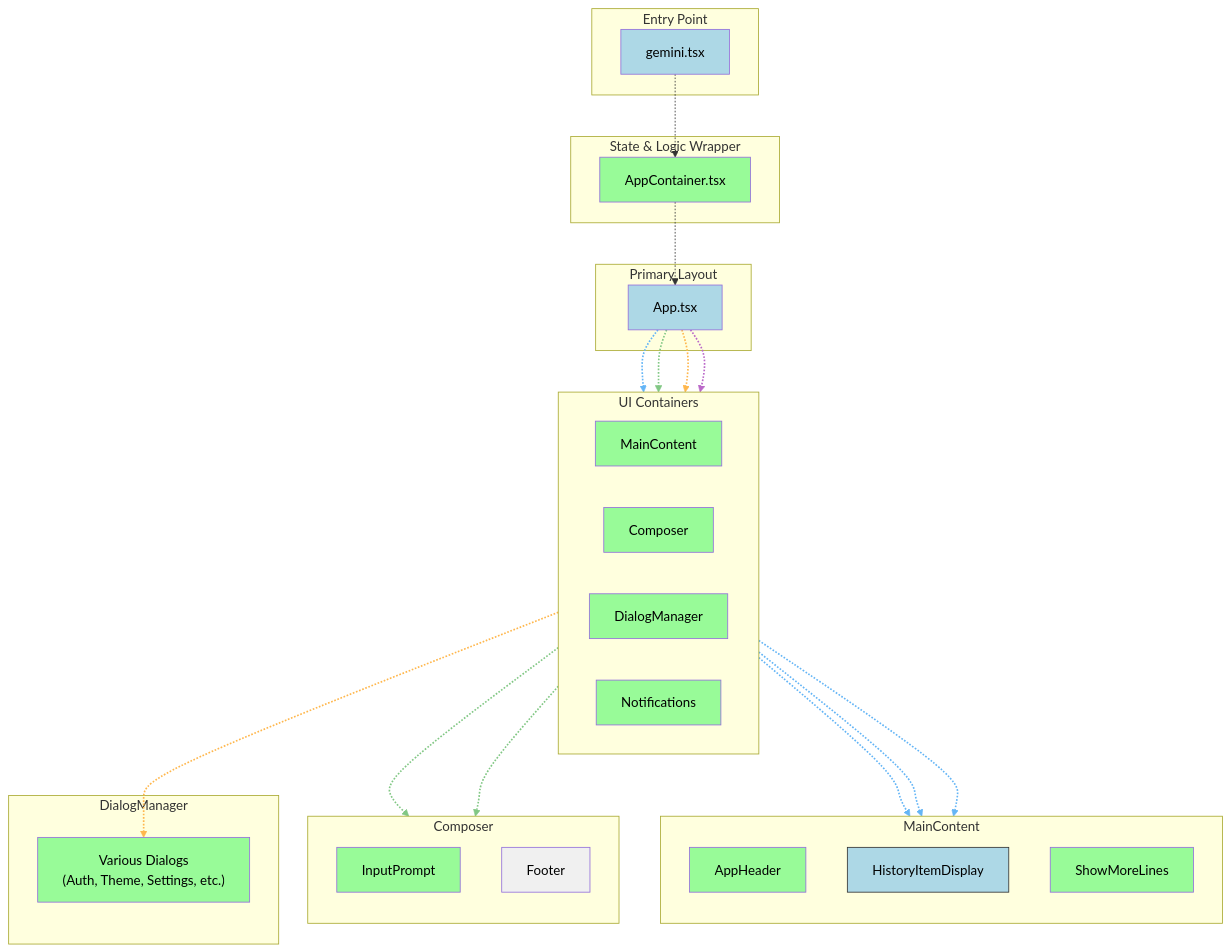
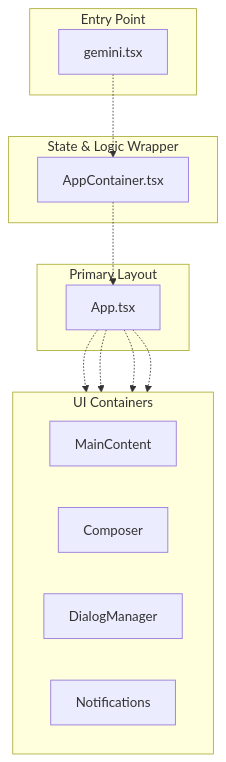
The diagram in docs/mermaid/render-path.mmd (ashleysally00/gemini-cli), drawn with Mermaid before and after one commit.

```diff
--- a/docs/mermaid/render-path.mmd
+++ b/docs/mermaid/render-path.mmd
@@ -1,53 +1,31 @@
 graph TD
     %% --- Style Definitions ---
     classDef new fill:#98fb98,color:#000
     classDef changed fill:#add8e6,color:#000
     classDef unchanged fill:#f0f0f0,color:#000
     classDef dispatcher fill:#f9e79f,color:#000,stroke:#333,stroke-width:1px
     classDef container fill:#f5f5f5,color:#000,stroke:#ccc
+    
     %% --- Component Tree ---
-    subgraph "Entry Point"
+    subgraph " Entry Point "
       A["gemini.tsx"]
     end
-    subgraph "State & Logic Wrapper"
+    
+    subgraph " State & Logic Wrapper "
       B["AppContainer.tsx"]
     end
-    subgraph "     Primary Layout     "
+    
+    subgraph " Primary Layout "
       C["App.tsx"]
     end
+    
     A -.-> B
     B -.-> C
-    subgraph "UI Containers"
+    
+    subgraph " UI Containers "
         direction LR
         C -.-> D["MainContent"]
         C -.-> G["Composer"]
         C -.-> F["DialogManager"]
         C -.-> E["Notifications"]
     end
-    subgraph "MainContent"
-        direction TB
-        D -.-> H["AppHeader"]
-        D -.-> I["HistoryItemDisplay"]:::dispatcher
-        D -.-> L["ShowMoreLines"]
-    end
-    subgraph "Composer"
-        direction TB
-        G -.-> K_Prompt["InputPrompt"]
-        G -.-> K_Footer["Footer"]
-    end
-    subgraph "DialogManager"
-        F -.-> J["Various Dialogs<br>(Auth, Theme, Settings, etc.)"]
-    end
-    %% --- Apply Styles ---
-    class B,D,E,F,G,H,J,K_Prompt,L new
-    class A,C,I changed
-    class K_Footer unchanged
-    %% --- Link Styles ---
-    %% MainContent Branch (Blue)
-    linkStyle 2,6,7,8 stroke:#64b5f6,stroke-width:2px
-    %% Composer Branch (Green)
-    linkStyle 3,9,10 stroke:#81c784,stroke-width:2px
-    %% DialogManager Branch (Orange)
-    linkStyle 4,11 stroke:#ffb74d,stroke-width:2px
-    %% Notifications Branch (Violet)
-    linkStyle 5 stroke:#ba68c8,stroke-width:2px
```
